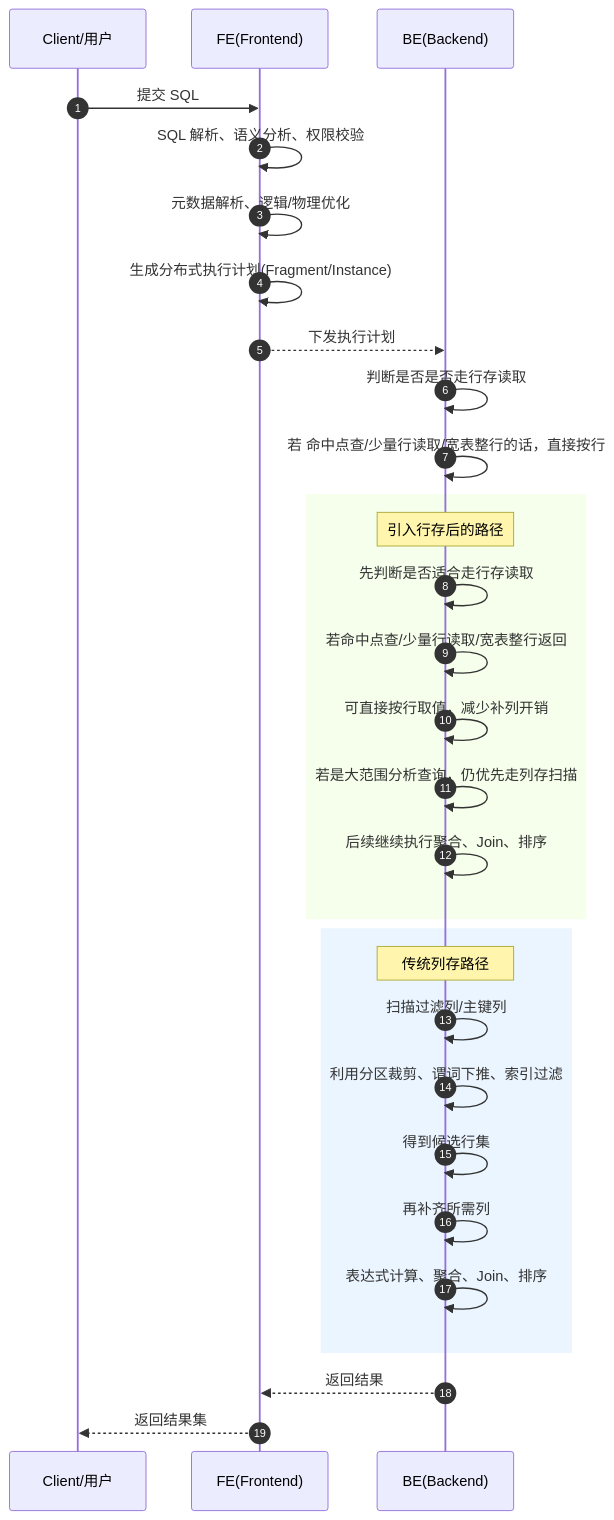
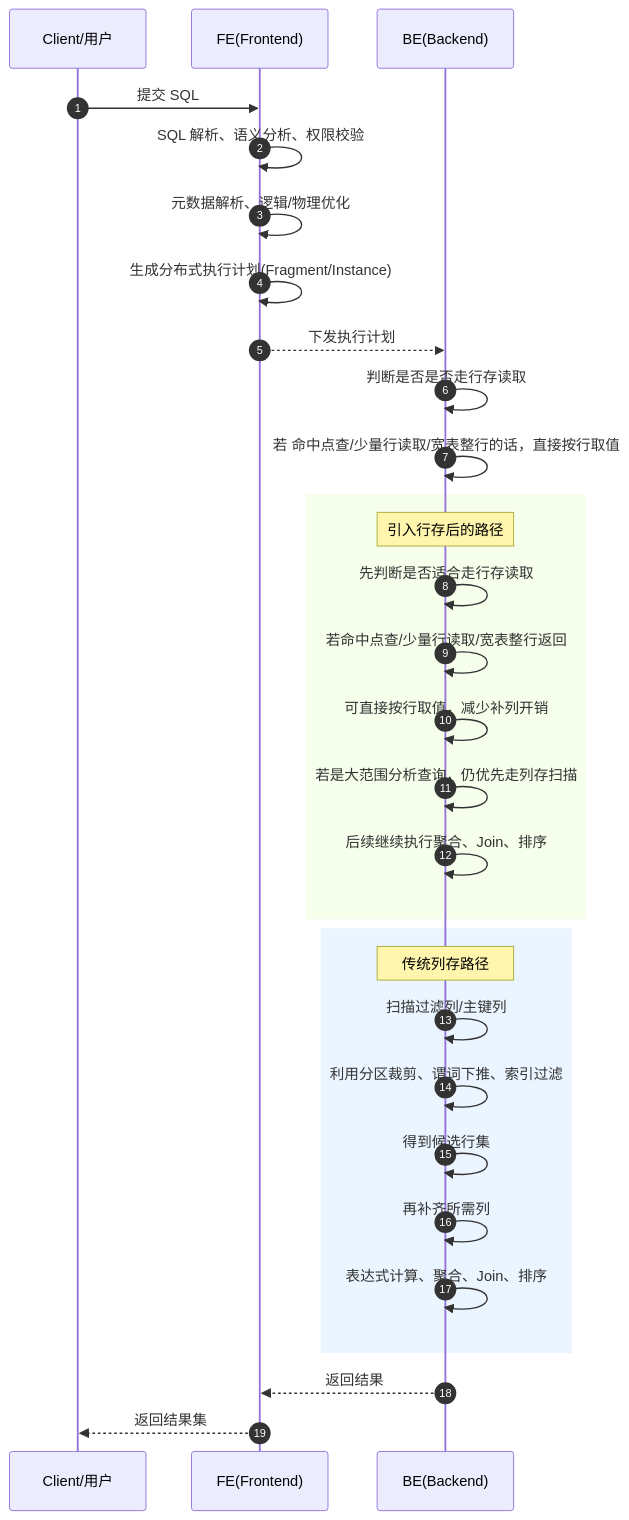
The diagram in all/未命名-4.md (HY-10-8/iodraw-files), drawn with Mermaid before and after one commit.

Commit message:
2026-04-22 17:43:26 update

````diff
--- a/all/未命名-4.md
+++ b/all/未命名-4.md
@@ -1,50 +1,51 @@
 ```mermaid
 sequenceDiagram
     autonumber
 
     participant Client as Client/用户
     participant FE as FE(Frontend)
     participant BE as BE(Backend)
     
     Client->>FE: 提交 SQL
     FE->>FE: SQL 解析、语义分析、权限校验
     FE->>FE: 元数据解析、逻辑/物理优化
     FE->>FE: 生成分布式执行计划(Fragment/Instance)
     FE-->>BE: 下发执行计划
 
     BE->>BE: 判断是否是否走行存读取
-    BE->>BE: 若 命中点查/少量行读取/宽表整行的话，直接按行
+    BE->>BE: 若 命中点查/少量行读取/宽表整行的话，直接按行取值
+    
 
 
 
     rect rgb(245,255,235)
         Note over BE: 引入行存后的路径
         BE->>BE: 先判断是否适合走行存读取
         BE->>BE: 若命中点查/少量行读取/宽表整行返回
         BE->>BE: 可直接按行取值，减少补列开销
         BE->>BE: 若是大范围分析查询，仍优先走列存扫描
         BE->>BE: 后续继续执行聚合、Join、排序
     end
 
 
     rect rgb(235,245,255)
         Note over BE: 传统列存路径
         BE->>BE: 扫描过滤列/主键列
         BE->>BE: 利用分区裁剪、谓词下推、索引过滤
         BE->>BE: 得到候选行集
         BE->>BE: 再补齐所需列
         BE->>BE: 表达式计算、聚合、Join、排序
     end
 
     BE-->>FE: 返回结果
     FE-->>Client: 返回结果集
 
 
 
 
 
 
 
 
 
 ```
````
